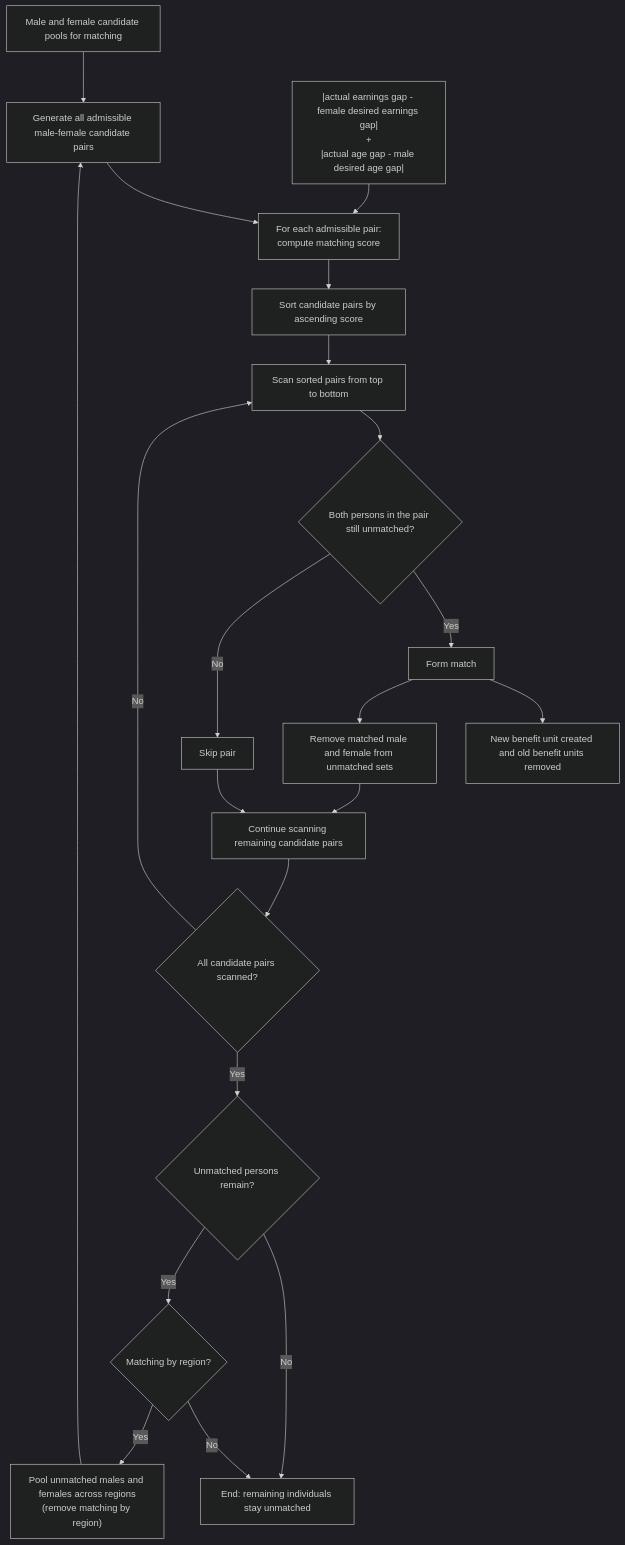
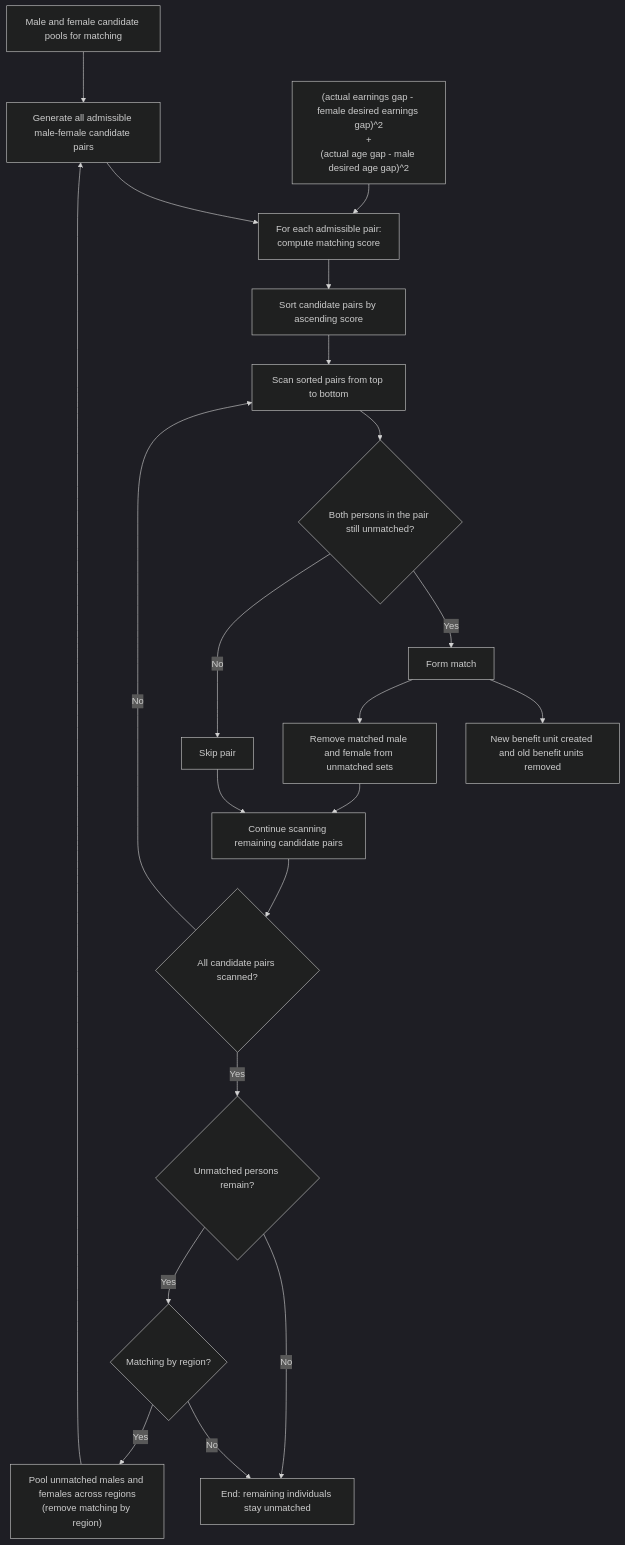
Before and after one commit to centreformicrosimulation/SimPaths: the diagram in documentation/flowcharts/modules/union_matching.md, drawn with Mermaid (dark theme). The commit also changed other lines of this file and 1 other file, not shown here.

Commit message:
Level 2 detection, test 2

````diff
--- a/documentation/flowcharts/modules/union_matching.md
+++ b/documentation/flowcharts/modules/union_matching.md
@@ -13,28 +13,28 @@
 ```mermaid
 flowchart TD
     A["Male and female candidate pools for matching"] --> B["Generate all admissible male-female candidate pairs"]
     J["Pool unmatched males and females across regions<br/>(remove matching by region)"] --> B
 
     B --> C["For each admissible pair:<br/>compute matching score"]
-    S["|actual earnings gap - female desired earnings gap|<br/>+<br/>|actual age gap - male desired age gap|"] --> C
+    S["(actual earnings gap - female desired earnings gap)^2<br/>+<br/>(actual age gap - male desired age gap)^2"] --> C
 
     C --> D["Sort candidate pairs by ascending score"]
     D --> E["Scan sorted pairs from top to bottom"]
     E --> F{"Both persons in the pair still unmatched?"}
 
     F -- Yes --> G["Form match"]
     G --> H["New benefit unit created and old benefit units removed"]
     G --> I["Remove matched male and female from unmatched sets"]
     I --> K["Continue scanning remaining candidate pairs"]
 
     F -- No --> L["Skip pair"]
     L --> K
 
     K --> M{"All candidate pairs scanned?"}
     M -- No --> E
     M -- Yes --> N{"Unmatched persons remain?"}
     N -- No --> O["End: remaining individuals stay unmatched"]
     N -- Yes --> P{"Matching by region?"}
     P -- No --> O
     P -- Yes --> J
 ```
````
